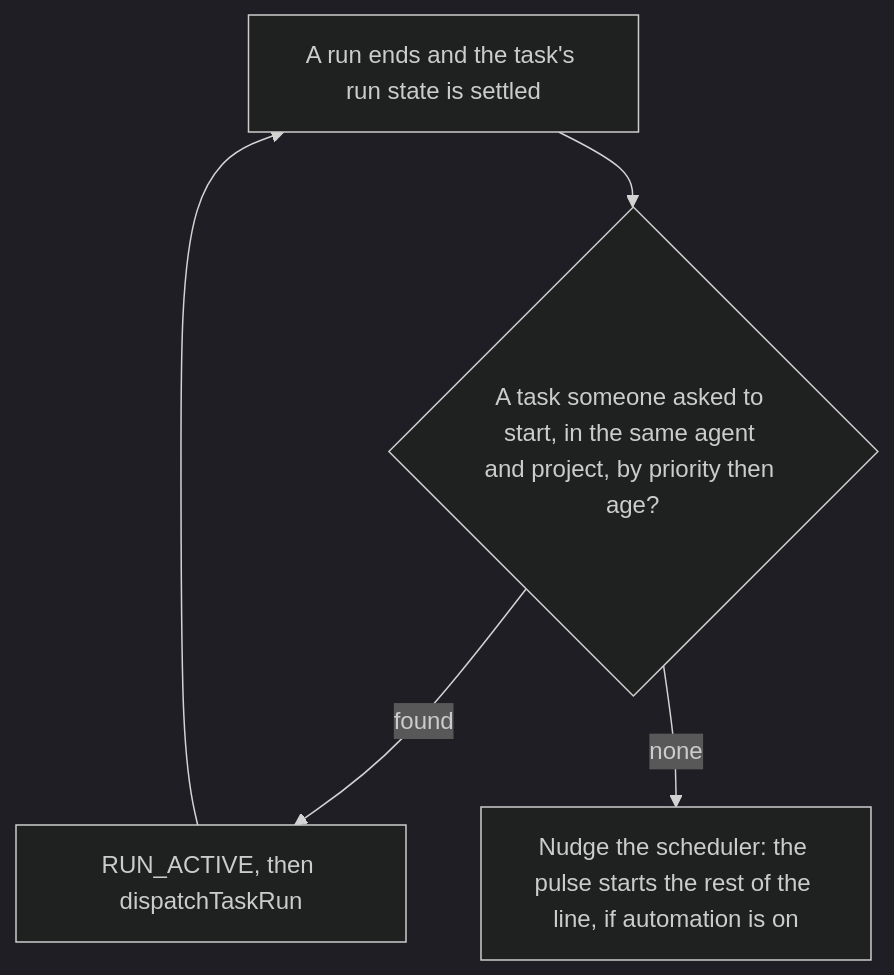
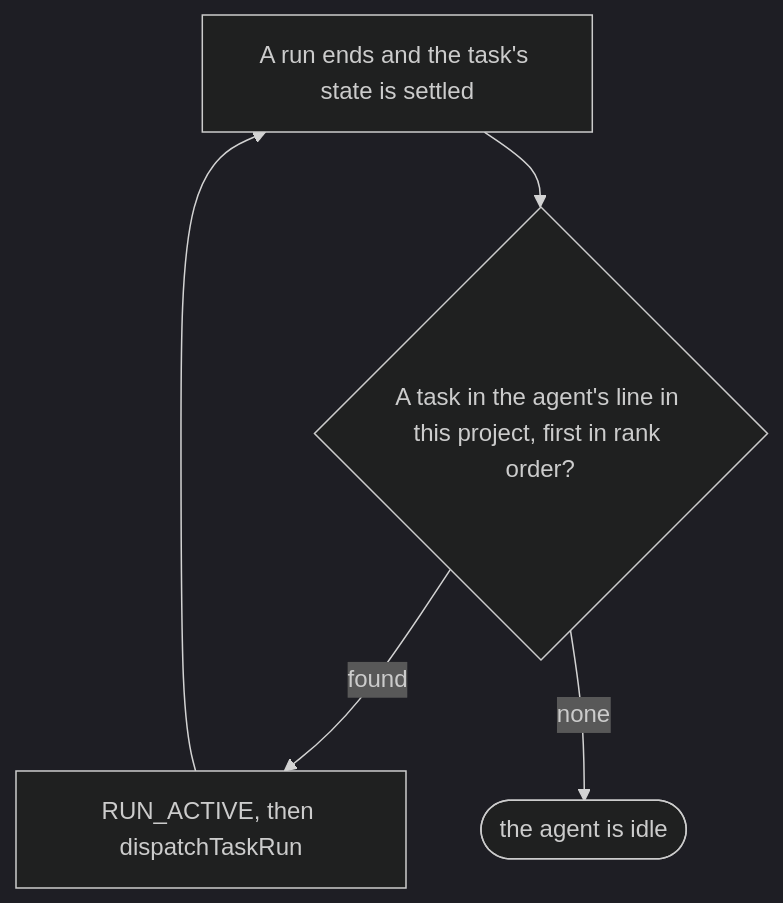
Before and after one commit to solution84-com/agenthix: the third of 3 diagrams in docs/concepts/agents/task-execution-concurrency.md, drawn with Mermaid (dark theme). The commit also changed other lines of this file and 60 other files, not shown here.

````diff
--- a/docs/concepts/agents/task-execution-concurrency.md
+++ b/docs/concepts/agents/task-execution-concurrency.md
@@ -113,8 +109,8 @@
 ```mermaid
 flowchart TD
-    FIN["A run ends and the task's run state is settled"]
-    FIN --> NXT{"A task someone asked to start, in the same agent and project, by priority then age?"}
+    FIN["A run ends and the task's state is settled"]
+    FIN --> NXT{"A task in the agent's line in this project, first in rank order?"}
     NXT -- found --> STEP["RUN_ACTIVE, then dispatchTaskRun"]
     STEP --> FIN
-    NXT -- none --> NUDGE["Nudge the scheduler: the pulse starts the rest of the line, if automation is on"]
+    NXT -- none --> DONE(["the agent is idle"])
 ```
````
